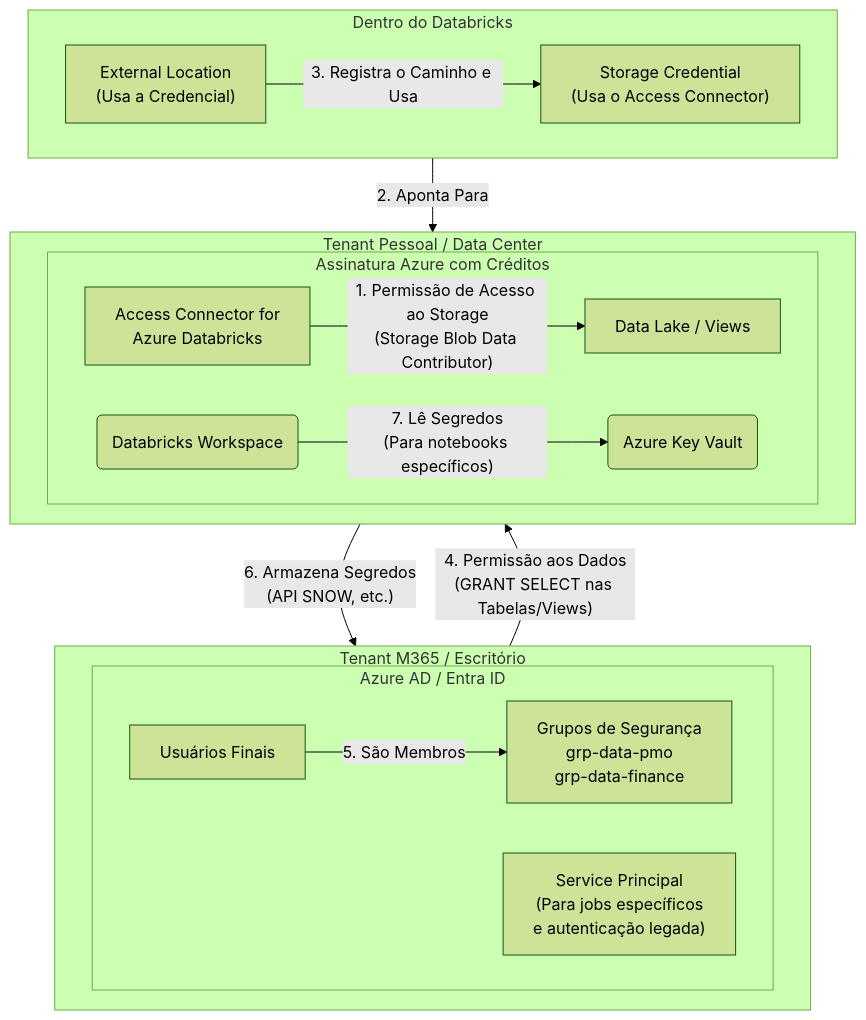
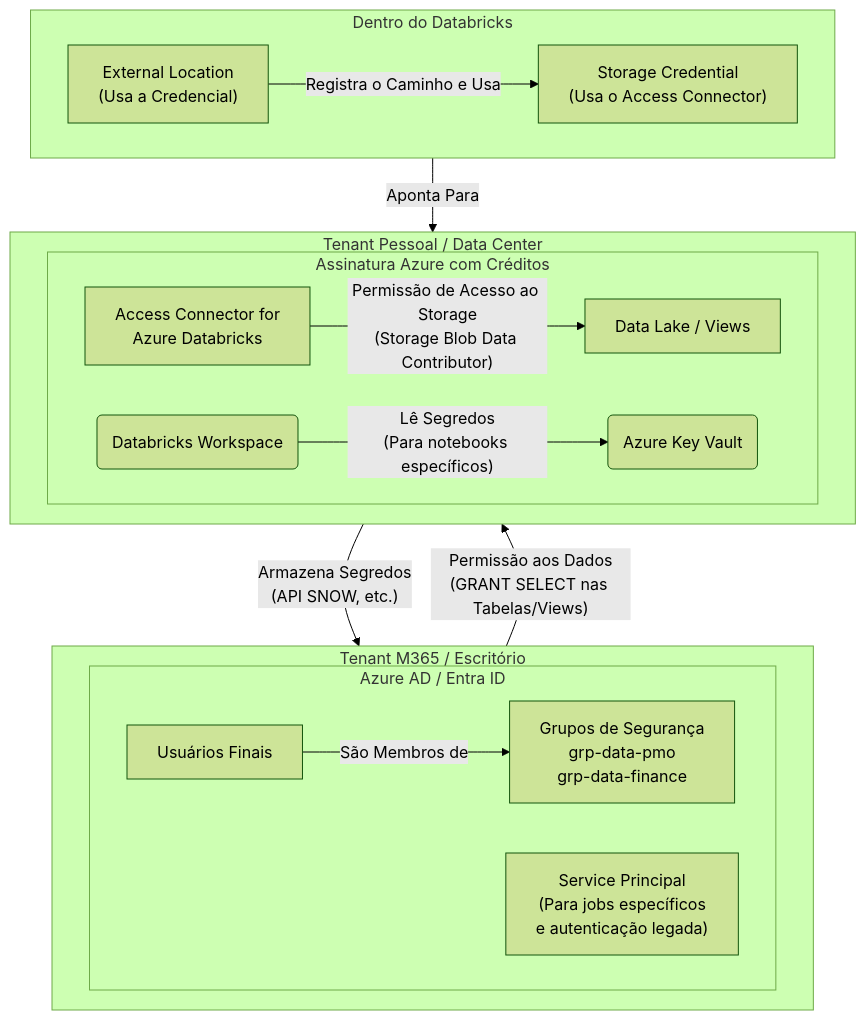
Before and after one commit to ribas28/projeto-dados-tasks_planner_snow: the second of 3 diagrams in README.md, drawn with Mermaid (forest theme).

Commit message:
Alterando readme com a nova arquitetura de segurança e adicionando o access conector ao bicep - fix textos2

````diff
--- a/README.md
+++ b/README.md
@@ -53,40 +53,40 @@
 ```mermaid
 graph TD;
-    subgraph Tenant_Pessoal [Tenant Pessoal / Data Center]
+    subgraph Tenant_A [Tenant Pessoal / Data Center]
         direction LR
         subgraph Assinatura_Azure [Assinatura Azure com Créditos]
             DataLake[Data Lake / Views];
             Databricks(Databricks Workspace);
             KeyVault(Azure Key Vault);
             Connector["Access Connector for<br/>Azure Databricks"];
         end
     end
 
     subgraph Tenant_M365 [Tenant M365 / Escritório]
         direction LR
         subgraph Azure_AD [Azure AD / Entra ID]
             Users[Usuários Finais];
             Groups[Grupos de Segurança<br/>grp-data-pmo<br/>grp-data-finance];
             SP["Service Principal<br/>(Para jobs específicos<br/>e autenticação legada)"];
         end
     end
     
     subgraph UnityCatalog [Dentro do Databricks]
         direction LR
         Credencial["Storage Credential<br/>(Usa o Access Connector)"];
         Localizacao["External Location<br/>(Usa a Credencial)"];
     end
 
-    %% Fluxo de Permissões do Unity Catalog (O Novo Modelo)
-    Connector -- "1. Permissão de Acesso ao Storage<br/>(Storage Blob Data Contributor)" --> DataLake;
-    Credencial -- "2. Aponta Para" --> Connector;
-    Localizacao -- "3. Registra o Caminho e Usa" --> Credencial;
+    %% Fluxo de Permissões do Unity Catalog
+    Connector -- "Permissão de Acesso ao Storage<br/>(Storage Blob Data Contributor)" --> DataLake;
+    Credencial -- "Aponta Para" --> Connector;
+    Localizacao -- "Registra o Caminho e Usa" --> Credencial;
     
     %% Fluxo de Permissões de Usuários
-    Groups -- "4. Permissão aos Dados<br/>(GRANT SELECT nas Tabelas/Views)" --> Databricks;
-    Users -- "5. São Membros" --> Groups;
+    Groups -- "Permissão aos Dados<br/>(GRANT SELECT nas Tabelas/Views)" --> Databricks;
+    Users -- "São Membros de" --> Groups;
 
     %% Fluxo de Segredos para outras automações
-    KeyVault -- "6. Armazena Segredos<br/>(API SNOW, etc.)" --> SP;
-    Databricks -- "7. Lê Segredos<br/>(Para notebooks específicos)" --> KeyVault;
+    KeyVault -- "Armazena Segredos<br/>(API SNOW, etc.)" --> SP;
+    Databricks -- "Lê Segredos<br/>(Para notebooks específicos)" --> KeyVault;
 ```
````
